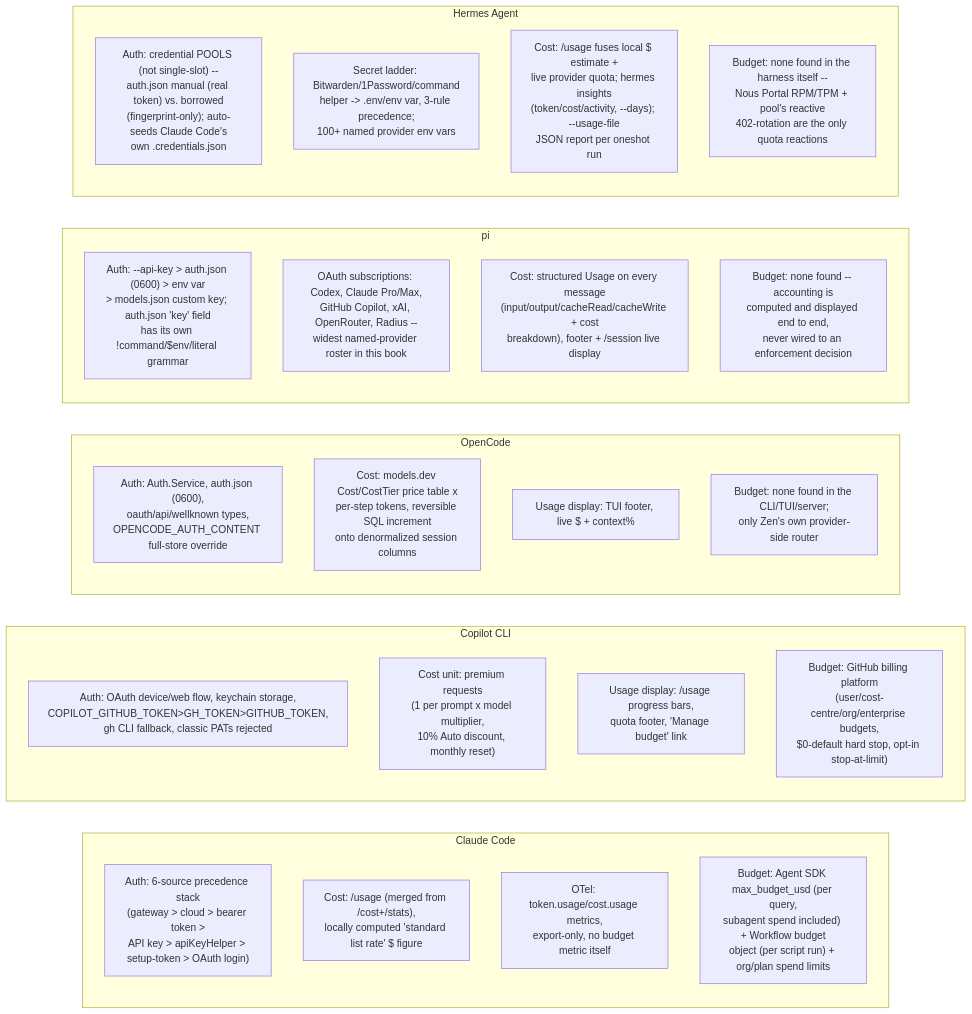
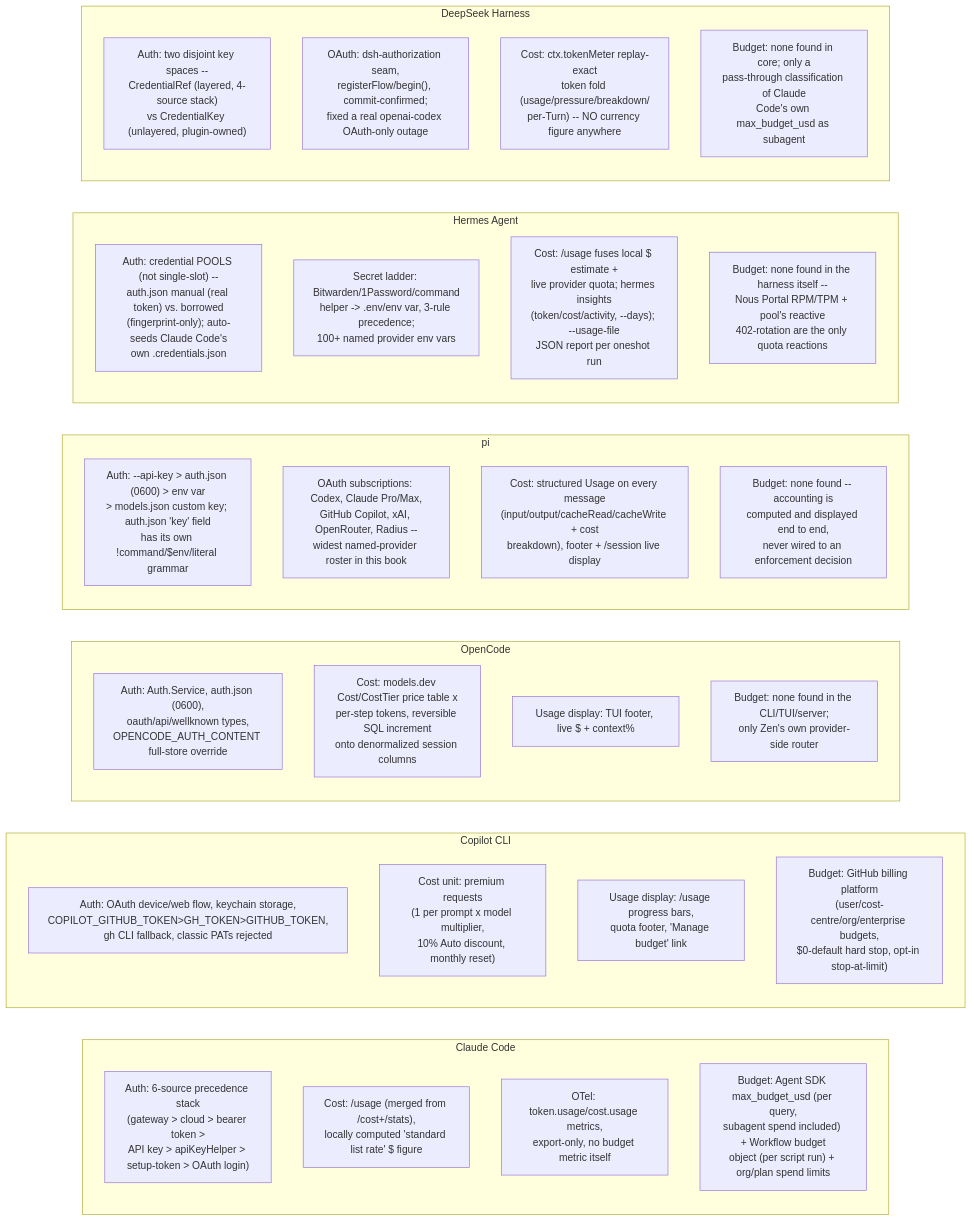
The seventh of 7 diagrams in references/harnesses/auth-and-usage-accounting.md (sfernandezplain/AIrchon), drawn with Mermaid before and after one commit. The commit also changed other lines of this file and 25 other files, not shown here.

First line of the commit message:
DeepSeek Harness rollout continued (19/29 -> 23/29); add opencode as a deploy target

````diff
--- a/references/harnesses/auth-and-usage-accounting.md
+++ b/references/harnesses/auth-and-usage-accounting.md
@@ -1124,38 +1451,45 @@
 ```mermaid
 flowchart LR
     subgraph CC["Claude Code"]
         direction TB
         CC1["Auth: 6-source precedence stack\n(gateway > cloud > bearer token >\nAPI key > apiKeyHelper > setup-token > OAuth login)"]
         CC2["Cost: /usage (merged from /cost+/stats),\nlocally computed 'standard list rate' $ figure"]
         CC3["OTel: token.usage/cost.usage metrics,\nexport-only, no budget metric itself"]
         CC4["Budget: Agent SDK max_budget_usd (per query,\nsubagent spend included) + Workflow budget\nobject (per script run) + org/plan spend limits"]
     end
     subgraph CP["Copilot CLI"]
         direction TB
         CP1["Auth: OAuth device/web flow, keychain storage,\nCOPILOT_GITHUB_TOKEN>GH_TOKEN>GITHUB_TOKEN,\ngh CLI fallback, classic PATs rejected"]
         CP2["Cost unit: premium requests\n(1 per prompt x model multiplier,\n10% Auto discount, monthly reset)"]
         CP3["Usage display: /usage progress bars,\nquota footer, 'Manage budget' link"]
         CP4["Budget: GitHub billing platform\n(user/cost-centre/org/enterprise budgets,\n$0-default hard stop, opt-in stop-at-limit)"]
     end
     subgraph OC["OpenCode"]
         direction TB
         OC1["Auth: Auth.Service, auth.json (0600),\noauth/api/wellknown types,\nOPENCODE_AUTH_CONTENT full-store override"]
         OC2["Cost: models.dev Cost/CostTier price table x\nper-step tokens, reversible SQL increment\nonto denormalized session columns"]
         OC3["Usage display: TUI footer, live $ + context%"]
         OC4["Budget: none found in the CLI/TUI/server;\nonly Zen's own provider-side router"]
     end
     subgraph PI["pi"]
         direction TB
         PI1["Auth: --api-key > auth.json (0600) > env var\n> models.json custom key; auth.json 'key' field\nhas its own !command/$env/literal grammar"]
         PI2["OAuth subscriptions: Codex, Claude Pro/Max,\nGitHub Copilot, xAI, OpenRouter, Radius --\nwidest named-provider roster in this book"]
         PI3["Cost: structured Usage on every message\n(input/output/cacheRead/cacheWrite + cost\nbreakdown), footer + /session live display"]
         PI4["Budget: none found -- accounting is\ncomputed and displayed end to end,\nnever wired to an enforcement decision"]
     end
     subgraph HM["Hermes Agent"]
         direction TB
         HM1["Auth: credential POOLS (not single-slot) --\nauth.json manual (real token) vs. borrowed\n(fingerprint-only); auto-seeds Claude Code's\nown .credentials.json"]
         HM2["Secret ladder: Bitwarden/1Password/command\nhelper -> .env/env var, 3-rule precedence;\n100+ named provider env vars"]
         HM3["Cost: /usage fuses local $ estimate +\nlive provider quota; hermes insights\n(token/cost/activity, --days); --usage-file\nJSON report per oneshot run"]
         HM4["Budget: none found in the harness itself --\nNous Portal RPM/TPM + pool's reactive\n402-rotation are the only quota reactions"]
     end
+    subgraph DS["DeepSeek Harness"]
+        direction TB
+        DS1["Auth: two disjoint key spaces --\nCredentialRef (layered, 4-source stack)\nvs CredentialKey (unlayered, plugin-owned)"]
+        DS2["OAuth: dsh-authorization seam,\nregisterFlow/begin(), commit-confirmed;\nfixed a real openai-codex OAuth-only outage"]
+        DS3["Cost: ctx.tokenMeter replay-exact\ntoken fold (usage/pressure/breakdown/\nper-Turn) -- NO currency figure anywhere"]
+        DS4["Budget: none found in core; only a\npass-through classification of Claude\nCode's own max_budget_usd as subagent"]
+    end
 ```
````
